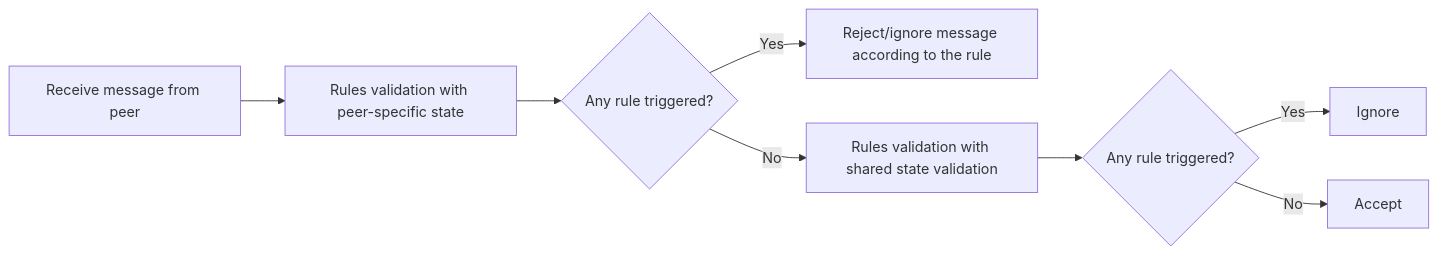
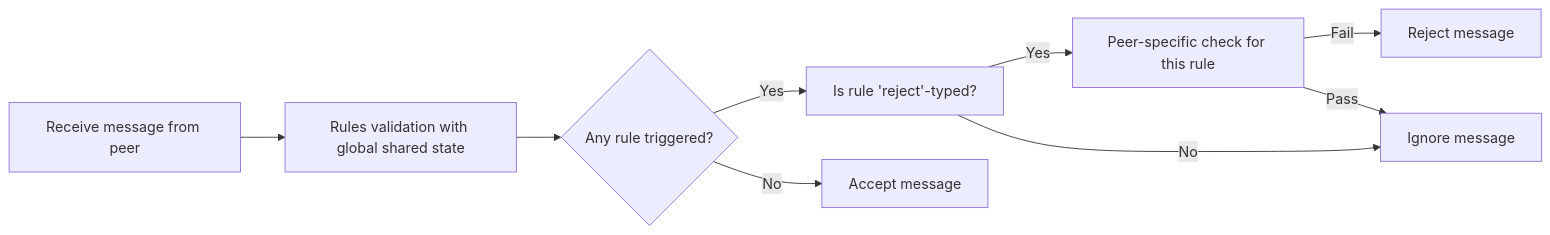
The diagram in p2p/MessageValidation/Rules.md (ssvlabs/knowledge-base), drawn with Mermaid before and after one commit. The commit also changed other lines of this file, not shown here.

````diff
--- a/p2p/MessageValidation/Rules.md
+++ b/p2p/MessageValidation/Rules.md
@@ -1122,19 +1114,20 @@
 ```mermaid
 flowchart LR
     A[Receive message from peer]
-    B[Rules validation with peer-specific state]
+    B[Rules validation with global shared state]
     C{Any rule triggered?}
-    D[Reject/ignore message according to the rule]
-    E[Rules validation with shared state validation]
-    F{Any rule triggered?}
-    G[Ignore]
-    H[Accept]
+    D[Is rule 'reject'-typed?]
+    D2[Peer-specific check for this rule]
+    E[Reject message]
+    F[Ignore message]
+    G[Accept message]
 
     A --> B
     B --> C
+    C -- No --> G
     C -- Yes --> D
-    C -- No --> E
-    E --> F
-    F -- Yes --> G
-    F -- No --> H
+    D -- Yes --> D2
+    D2 -- Fail --> E
+    D2 -- Pass --> F
+    D -- No --> F
 ```
````
